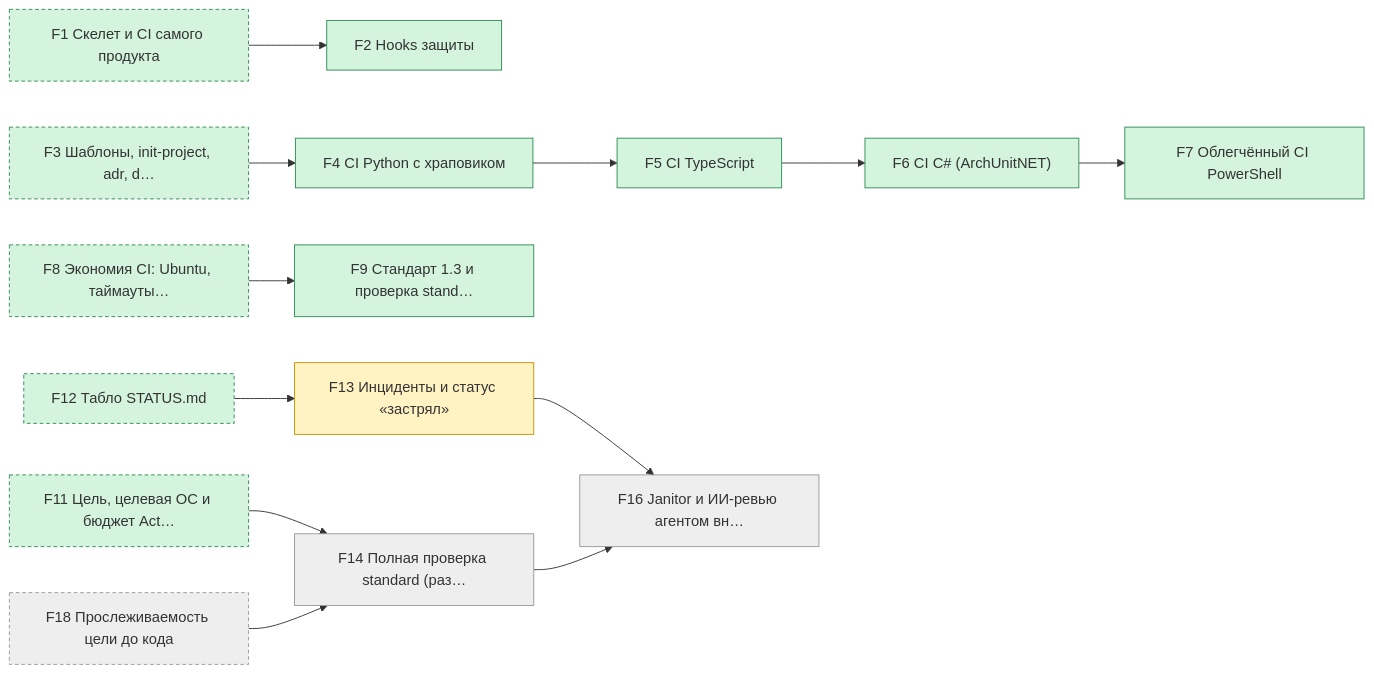
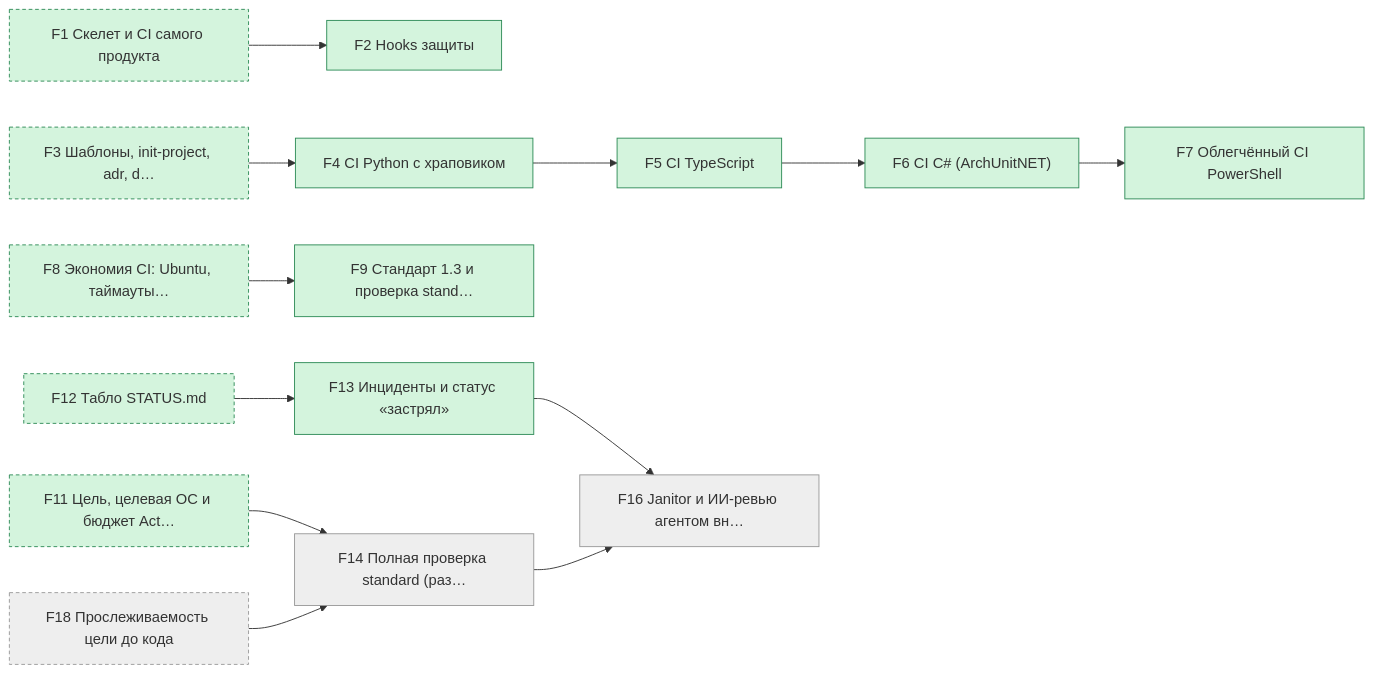
Before and after one commit to pete-doc/project-architect: the second of 6 diagrams in state/STATUS.md, drawn with Mermaid. The commit also changed other lines of this file and 2 other files, not shown here.

````diff
--- a/state/STATUS.md
+++ b/state/STATUS.md
@@ -60,38 +60,37 @@
 ```mermaid
 graph LR
   F2["F2 Hooks защиты"]
   F4["F4 CI Python с храповиком"]
   F5["F5 CI TypeScript"]
   F6["F6 CI C# (ArchUnitNET)"]
   F7["F7 Облегчённый CI PowerShell"]
   F9["F9 Стандарт 1.3 и проверка stand…"]
   F13["F13 Инциденты и статус «застрял»"]
   F14["F14 Полная проверка standard (раз…"]
   F16["F16 Janitor и ИИ-ревью агентом вн…"]
   F1["F1 Скелет и CI самого продукта"]
   F3["F3 Шаблоны, init-project, adr, d…"]
   F8["F8 Экономия CI: Ubuntu, таймауты…"]
   F12["F12 Табло STATUS.md"]
   F11["F11 Цель, целевая ОС и бюджет Act…"]
   F18["F18 Прослеживаемость цели до кода"]
   F1 --> F2
   F3 --> F4
   F4 --> F5
   F5 --> F6
   F6 --> F7
   F8 --> F9
   F12 --> F13
   F11 --> F14
   F18 --> F14
   F13 --> F16
   F14 --> F16
   classDef done fill:#d4f4dd,stroke:#2e8b57
   classDef work fill:#fff3c4,stroke:#c79100
   classDef blocked fill:#ffd6d6,stroke:#c0392b
   classDef later fill:#eeeeee,stroke:#999999
   classDef outside stroke-dasharray: 4 3
-  class F2,F4,F5,F6,F7,F9,F1,F3,F8,F12,F11 done
-  class F13 work
+  class F2,F4,F5,F6,F7,F9,F13,F1,F3,F8,F12,F11 done
   class F14,F16,F18 later
   class F1,F3,F8,F12,F11,F18 outside
 ```
````
